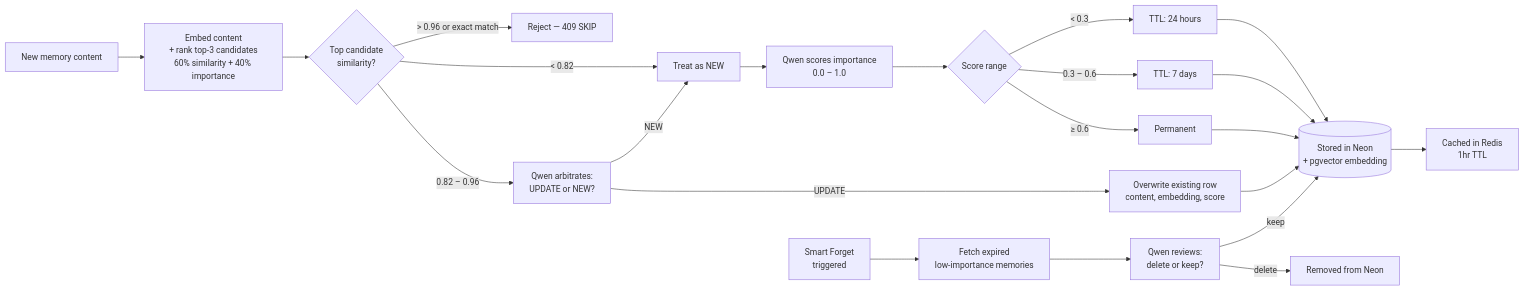
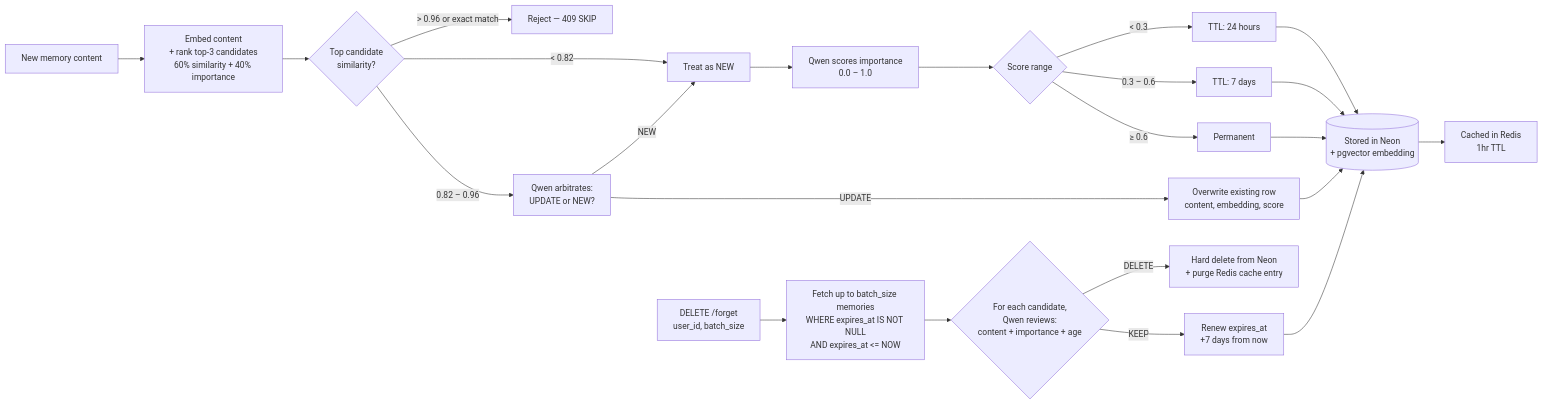
Before and after one commit to Hereforlolz/qwen-memory-agent: the third of 3 diagrams in architecture.md, drawn with Mermaid. The commit also changed 5 other files, not shown here.

Commit message:
Add smart forget endpoint, fix importance scoring calibration, add test suite

````diff
--- a/architecture.md
+++ b/architecture.md
@@ -108,28 +108,29 @@
 ```mermaid
 flowchart LR
     A[New memory content] --> B[Embed content<br/>+ rank top-3 candidates<br/>60% similarity + 40% importance]
     B --> C{Top candidate<br/>similarity?}
     C -->|> 0.96 or exact match| D[Reject — 409 SKIP]
     C -->|0.82 – 0.96| E[Qwen arbitrates:<br/>UPDATE or NEW?]
     C -->|< 0.82| F[Treat as NEW]
 
     E -->|UPDATE| G[Overwrite existing row<br/>content, embedding, score]
     E -->|NEW| F
 
     F --> H[Qwen scores importance<br/>0.0 – 1.0]
     H --> I{Score range}
     I -->|< 0.3| J[TTL: 24 hours]
     I -->|0.3 – 0.6| K[TTL: 7 days]
     I -->|≥ 0.6| L[Permanent]
 
     J --> M[(Stored in Neon<br/>+ pgvector embedding)]
     K --> M
     L --> M
     G --> M
     M --> N[Cached in Redis<br/>1hr TTL]
 
-    O[Smart Forget<br/>triggered] --> P[Fetch expired<br/>low-importance memories]
-    P --> Q[Qwen reviews:<br/>delete or keep?]
-    Q -->|delete| R[Removed from Neon]
-    Q -->|keep| M
+    O[DELETE /forget<br/>user_id, batch_size] --> P[Fetch up to batch_size memories<br/>WHERE expires_at IS NOT NULL<br/>AND expires_at <= NOW]
+    P --> Q{For each candidate,<br/>Qwen reviews:<br/>content + importance + age}
+    Q -->|DELETE| R[Hard delete from Neon<br/>+ purge Redis cache entry]
+    Q -->|KEEP| S[Renew expires_at<br/>+7 days from now]
+    S --> M
 ```
````
